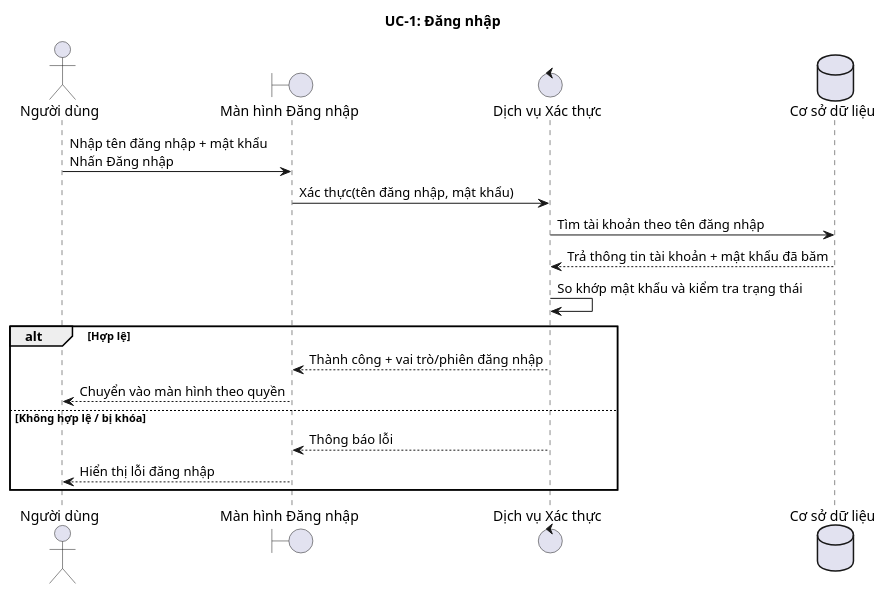
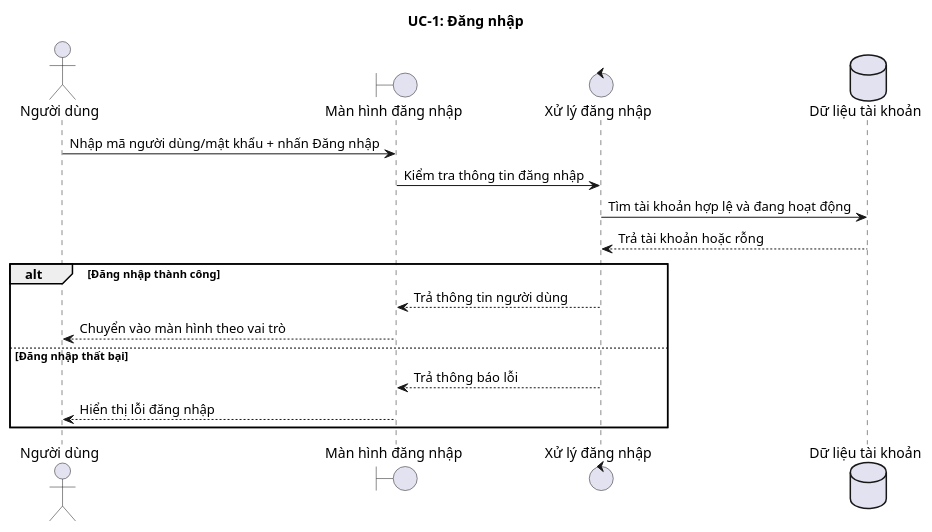
One commit to TienDungwork/Nhom3_PTTK-HTTT changed the first of 14 diagrams in docs/SEQUENCE_UC_DA_LAM.md. Above: the diagram before and after it, drawn with PlantUML. The commit also changed other lines of this file and 22 other files, not shown here.

````diff
--- a/docs/SEQUENCE_UC_DA_LAM.md
+++ b/docs/SEQUENCE_UC_DA_LAM.md
@@ -28,24 +33,23 @@
 ```puml
 @startuml
 title UC-1: Đăng nhập
 
 actor NguoiDung as "Người dùng"
-boundary LoginUI as "Màn hình Đăng nhập"
-control AuthService as "Dịch vụ Xác thực"
-database UserStore as "Cơ sở dữ liệu"
+boundary ManHinhDangNhap as "Màn hình đăng nhập"
+control XuLyDangNhap as "Xử lý đăng nhập"
+database DanhSachTaiKhoan as "Dữ liệu tài khoản"
 
-NguoiDung -> LoginUI: Nhập tên đăng nhập + mật khẩu\nNhấn Đăng nhập
-LoginUI -> AuthService: Xác thực(tên đăng nhập, mật khẩu)
-AuthService -> UserStore: Tìm tài khoản theo tên đăng nhập
-UserStore --> AuthService: Trả thông tin tài khoản + mật khẩu đã băm
-AuthService -> AuthService: So khớp mật khẩu và kiểm tra trạng thái
+NguoiDung -> ManHinhDangNhap: Nhập mã người dùng/mật khẩu + nhấn Đăng nhập
+ManHinhDangNhap -> XuLyDangNhap: Kiểm tra thông tin đăng nhập
+XuLyDangNhap -> DanhSachTaiKhoan: Tìm tài khoản hợp lệ và đang hoạt động
+DanhSachTaiKhoan --> XuLyDangNhap: Trả tài khoản hoặc rỗng
 
-alt Hợp lệ
-  AuthService --> LoginUI: Thành công + vai trò/phiên đăng nhập
-  LoginUI --> NguoiDung: Chuyển vào màn hình theo quyền
-else Không hợp lệ / bị khóa
-  AuthService --> LoginUI: Thông báo lỗi
-  LoginUI --> NguoiDung: Hiển thị lỗi đăng nhập
+alt Đăng nhập thành công
+  XuLyDangNhap --> ManHinhDangNhap: Trả thông tin người dùng
+  ManHinhDangNhap --> NguoiDung: Chuyển vào màn hình theo vai trò
+else Đăng nhập thất bại
+  XuLyDangNhap --> ManHinhDangNhap: Trả thông báo lỗi
+  ManHinhDangNhap --> NguoiDung: Hiển thị lỗi đăng nhập
 end
 @enduml
 ```
````
